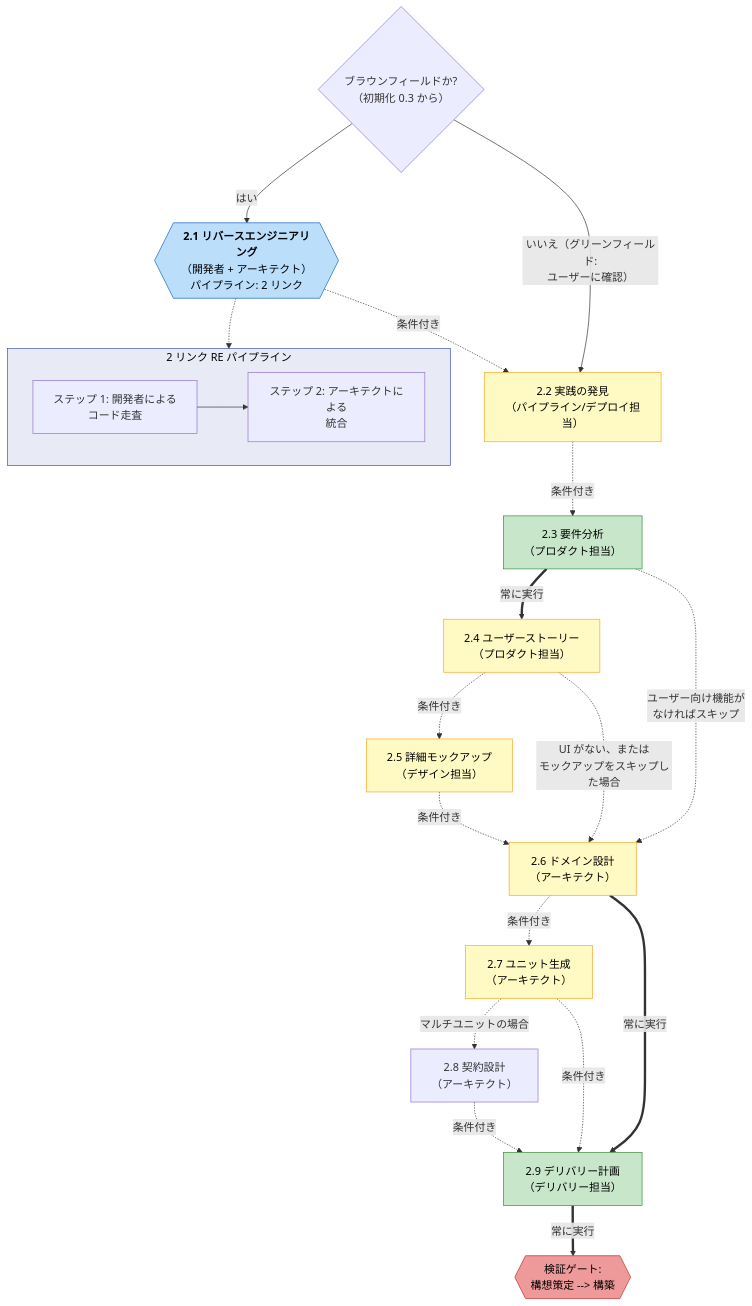
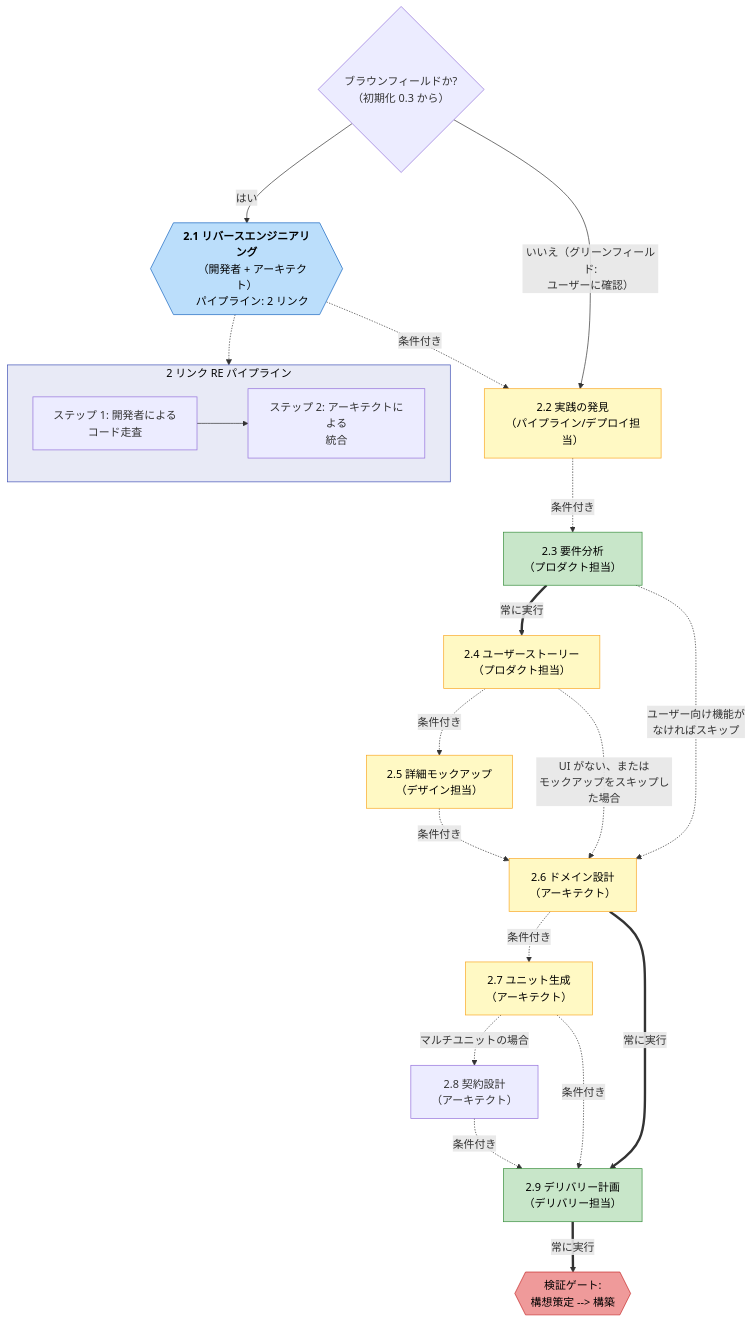
Before and after one commit to otomatty/aidlc-guide: the third of 12 diagrams in docs/reference/ja/diagrams.md, drawn with Mermaid. The commit also changed other lines of this file and 832 other files, not shown here.

````diff
--- a/docs/reference/ja/diagrams.md
+++ b/docs/reference/ja/diagrams.md
@@ -112,53 +110,51 @@
 ```mermaid
 flowchart TD
-    S21{{"`**2.1 リバースエンジニアリング**
-    （開発者 + アーキテクト）
-    パイプライン: 2 リンク`"}}
+    S21{{"`**2.1 リバースエンジニアリング**<br/>    （開発者 + アーキテクト）<br/>    パイプライン: 2 リンク`"}}
     S22A["2.2 実践の発見\n（パイプライン/デプロイ担当）"]
     S22["2.3 要件分析\n（プロダクト担当）"]
     S23["2.4 ユーザーストーリー\n（プロダクト担当）"]
     S24["2.5 詳細モックアップ\n（デザイン担当）"]
     S25["2.6 ドメイン設計\n（アーキテクト）"]
     S26["2.7 ユニット生成\n（アーキテクト）"]
     S28["2.8 契約設計\n（アーキテクト）"]
     S27["2.9 デリバリー計画\n（デリバリー担当）"]
     VG2{{"検証ゲート:\n構想策定 --> 構築"}}
 
     BF_CHECK{"ブラウンフィールドか?\n（初期化 0.3 から）"}
     BF_CHECK -->|はい| S21
     BF_CHECK -->|"いいえ（グリーンフィールド:\nユーザーに確認）"| S22A
     S21 -.->|条件付き| S22A
     S22A -.->|条件付き| S22
 
     subgraph RE_DETAIL["2 リンク RE パイプライン"]
         direction LR
         DEV_SCAN["ステップ 1: 開発者による\nコード走査"]
         ARCH_SYNTH["ステップ 2: アーキテクトによる\n統合"]
         DEV_SCAN --> ARCH_SYNTH
     end
 
     S21 -.-> RE_DETAIL
 
     S22 ==>|常に実行| S23
     S22 -.->|"ユーザー向け機能が\nなければスキップ"| S25
     S23 -.->|条件付き| S24
     S23 -.->|"UI がない、または\nモックアップをスキップした場合"| S25
     S24 -.->|条件付き| S25
     S25 -.->|条件付き| S26
     S25 ==>|常に実行| S27
     S26 -.->|"マルチユニットの場合"| S28
     S26 -.->|条件付き| S27
     S28 -.->|条件付き| S27
     S27 ==>|常に実行| VG2
 
     style S21 fill:#bbdefb,stroke:#1565c0,color:#000
     style S22 fill:#c8e6c9,stroke:#388e3c,color:#000
     style S27 fill:#c8e6c9,stroke:#388e3c,color:#000
     style S22A fill:#fff9c4,stroke:#f9a825,color:#000
     style S23 fill:#fff9c4,stroke:#f9a825,color:#000
     style S24 fill:#fff9c4,stroke:#f9a825,color:#000
     style S25 fill:#fff9c4,stroke:#f9a825,color:#000
     style S26 fill:#fff9c4,stroke:#f9a825,color:#000
     style VG2 fill:#ef9a9a,stroke:#c62828,color:#000
     style RE_DETAIL fill:#e8eaf6,stroke:#3f51b5,color:#000
 ```
````
